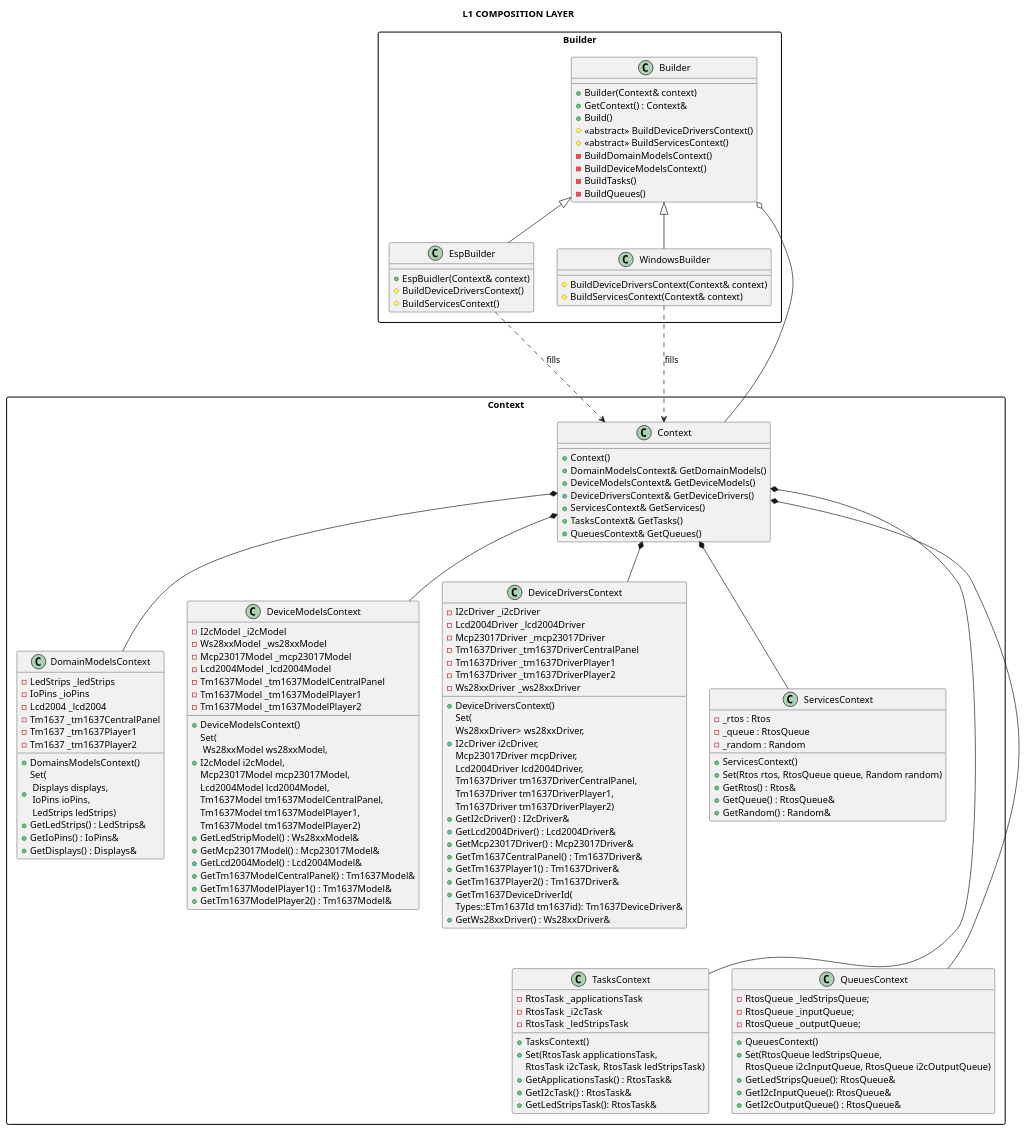
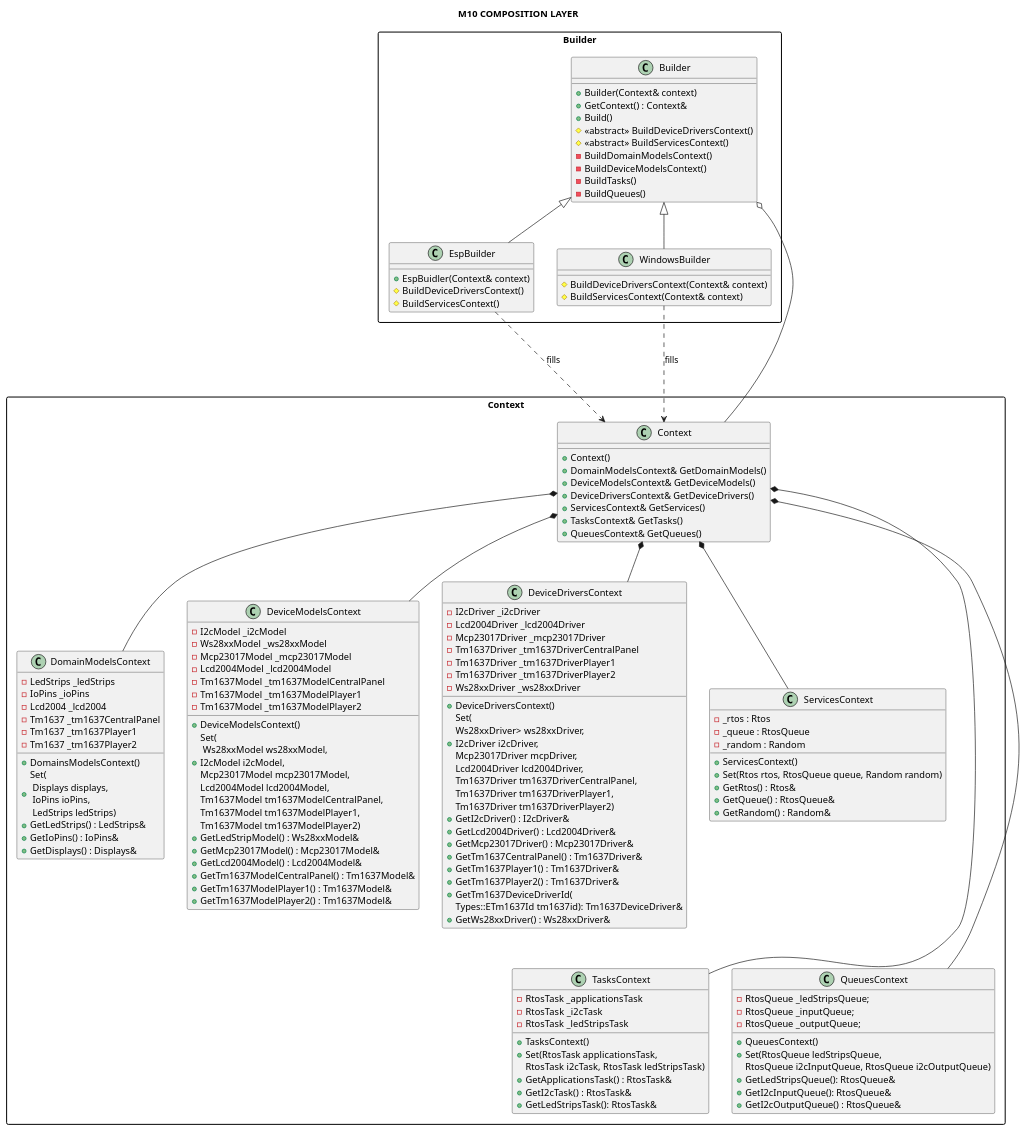
One commit to michelkeijzers/fraxis changed the diagram in Docs/Software Design/Layers/L1_composition_layer.puml. Above: the diagram before and after it, drawn with PlantUML. The commit also changed 398 other files, not shown here.

```diff
--- a/Docs/Software Design/Layers/L1_composition_layer.puml
+++ b/Docs/Software Design/Layers/L1_composition_layer.puml
@@ -1,161 +1,161 @@
 @startuml
 
-title L1 COMPOSITION LAYER
+title M10 COMPOSITION LAYER
 
 skinparam packageStyle rectangle
 skinparam lineThickness 2
 
 package "Builder" as Builder_Package
 {
     class Builder
     {
         + Builder(Context& context)
         + GetContext() : Context&
         + Build()
         # <<abstract>> BuildDeviceDriversContext()
         # <<abstract>> BuildServicesContext() 
         - BuildDomainModelsContext()
         - BuildDeviceModelsContext()
         - BuildTasks()
         - BuildQueues()
     }
 
     class EspBuilder
     {
         + EspBuidler(Context& context)
         # BuildDeviceDriversContext()
         # BuildServicesContext() 
     }
     EspBuilder -u-|> Builder
 
     class WindowsBuilder
     {
         # BuildDeviceDriversContext(Context& context)
         # BuildServicesContext(Context& context) 
     }
     WindowsBuilder -u-|> Builder
 }
 
 package "Context" as ContextPackage
 {
     class Context 
     {
         + Context()
         + DomainModelsContext& GetDomainModels()
         + DeviceModelsContext& GetDeviceModels()
         + DeviceDriversContext& GetDeviceDrivers() 
         + ServicesContext& GetServices() 
         + TasksContext& GetTasks()
         + QueuesContext& GetQueues()
     }
 
     class DomainModelsContext
     {
         + DomainsModelsContext()
         + Set(\n Displays displays, \n IoPins ioPins, \n LedStrips ledStrips)
         + GetLedStrips() : LedStrips& 
         + GetIoPins() : IoPins& 
         + GetDisplays() : Displays& 
 
         - LedStrips _ledStrips
         - IoPins _ioPins
         - Lcd2004 _lcd2004
         - Tm1637 _tm1637CentralPanel
         - Tm1637 _tm1637Player1
         - Tm1637 _tm1637Player2
     }
 
     class DeviceModelsContext
     {
         + DeviceModelsContext()
         + Set(\n Ws28xxModel ws28xxModel,\nI2cModel i2cModel,\nMcp23017Model mcp23017Model,\nLcd2004Model lcd2004Model,
             Tm1637Model tm1637ModelCentralPanel,\nTm1637Model tm1637ModelPlayer1,\nTm1637Model tm1637ModelPlayer2)
         + GetLedStripModel() : Ws28xxModel& 
         + GetMcp23017Model() : Mcp23017Model& 
         + GetLcd2004Model() : Lcd2004Model& 
         + GetTm1637ModelCentralPanel() : Tm1637Model& 
         + GetTm1637ModelPlayer1() : Tm1637Model& 
         + GetTm1637ModelPlayer2() : Tm1637Model& 
         - I2cModel _i2cModel
         - Ws28xxModel _ws28xxModel
         - Mcp23017Model _mcp23017Model
         - Lcd2004Model _lcd2004Model
         - Tm1637Model _tm1637ModelCentralPanel
         - Tm1637Model _tm1637ModelPlayer1
         - Tm1637Model _tm1637ModelPlayer2
     }
     
     class DeviceDriversContext
     {
         + DeviceDriversContext()
         + Set(\nWs28xxDriver> ws28xxDriver,\nI2cDriver i2cDriver,\nMcp23017Driver mcpDriver,\nLcd2004Driver lcd2004Driver,
             Tm1637Driver tm1637DriverCentralPanel,\nTm1637Driver tm1637DriverPlayer1,\nTm1637Driver tm1637DriverPlayer2)
         + GetI2cDriver() : I2cDriver& 
         + GetLcd2004Driver() : Lcd2004Driver& 
         + GetMcp23017Driver() : Mcp23017Driver& 
         + GetTm1637CentralPanel() : Tm1637Driver& 
         + GetTm1637Player1() : Tm1637Driver& 
         + GetTm1637Player2() : Tm1637Driver& 
         + GetTm1637DeviceDriverId(
             Types::ETm1637Id tm1637id): Tm1637DeviceDriver&
         + GetWs28xxDriver() : Ws28xxDriver& 
         - I2cDriver _i2cDriver
         - Lcd2004Driver _lcd2004Driver
         - Mcp23017Driver _mcp23017Driver
         - Tm1637Driver _tm1637DriverCentralPanel
         - Tm1637Driver _tm1637DriverPlayer1
         - Tm1637Driver _tm1637DriverPlayer2
         - Ws28xxDriver _ws28xxDriver
     }
 
     class ServicesContext
     {
         + ServicesContext()
         + Set(Rtos rtos, RtosQueue queue, Random random)
         + GetRtos() : Rtos& 
         + GetQueue() : RtosQueue& 
         + GetRandom() : Random& 
         - _rtos : Rtos 
         - _queue : RtosQueue 
         - _random : Random 
     }
 
     class TasksContext
     {
         + TasksContext()
         + Set(RtosTask applicationsTask, 
             RtosTask i2cTask, RtosTask ledStripsTask)
         + GetApplicationsTask() : RtosTask& 
         + GetI2cTask() : RtosTask& 
         + GetLedStripsTask(): RtosTask& 
         - RtosTask _applicationsTask
         - RtosTask _i2cTask
         - RtosTask _ledStripsTask
     }
 
     class QueuesContext
     {
         + QueuesContext()
         + Set(RtosQueue ledStripsQueue, 
             RtosQueue i2cInputQueue, RtosQueue i2cOutputQueue)
         + GetLedStripsQueue(): RtosQueue& 
         + GetI2cInputQueue(): RtosQueue& 
         + GetI2cOutputQueue() : RtosQueue& 
         - RtosQueue _ledStripsQueue;
         - RtosQueue _inputQueue;
         - RtosQueue _outputQueue;
     }
 
     Context *-- DomainModelsContext
     Context *-- DeviceModelsContext
     Context *-- DeviceDriversContext
     Context *-- ServicesContext
     Context *--- TasksContext
     Context *--- QueuesContext
 }
 
 Builder o-- Context
 EspBuilder ..-> Context : fills
 WindowsBuilder ..-> Context : fills
 
 @enduml
```
